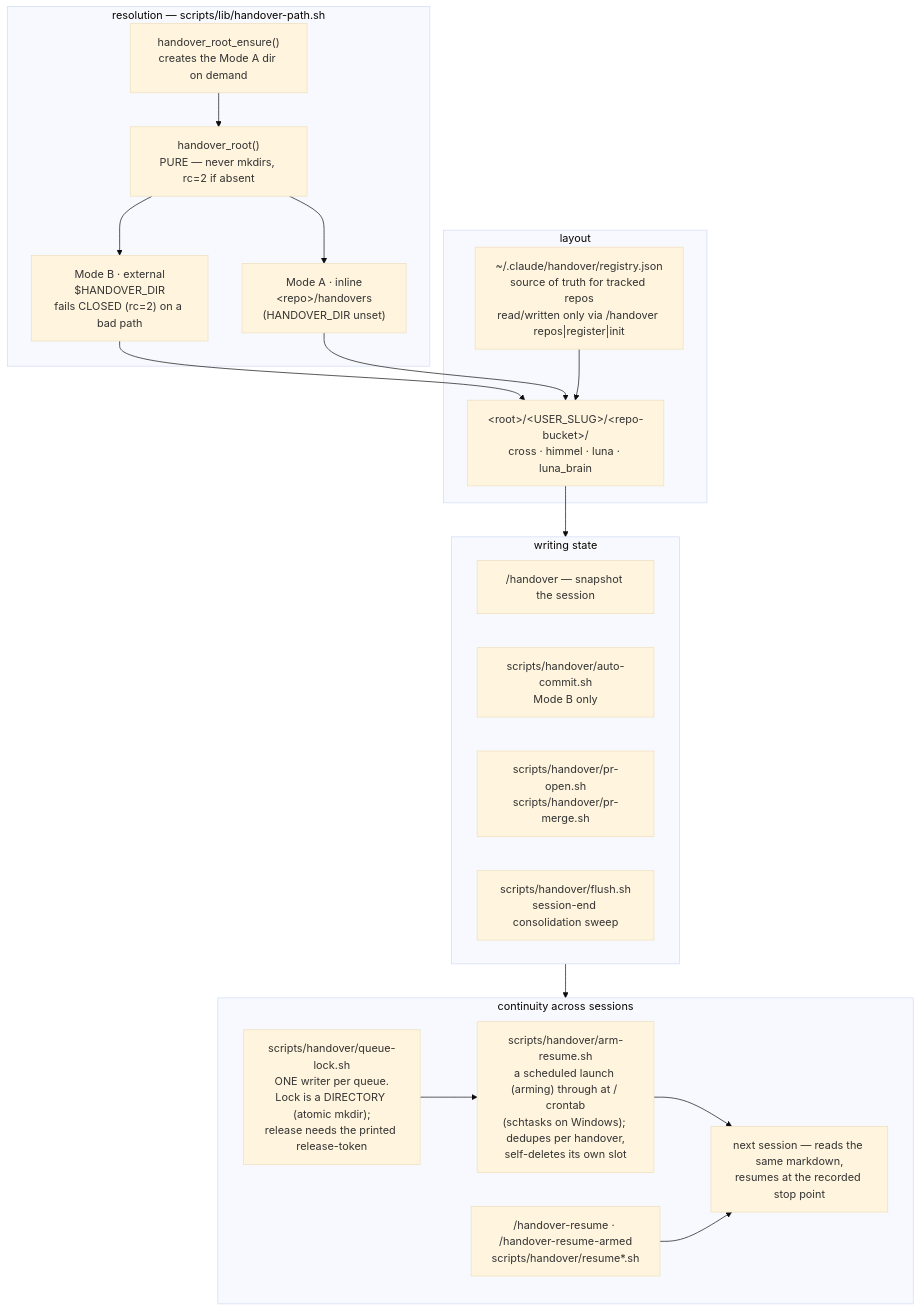
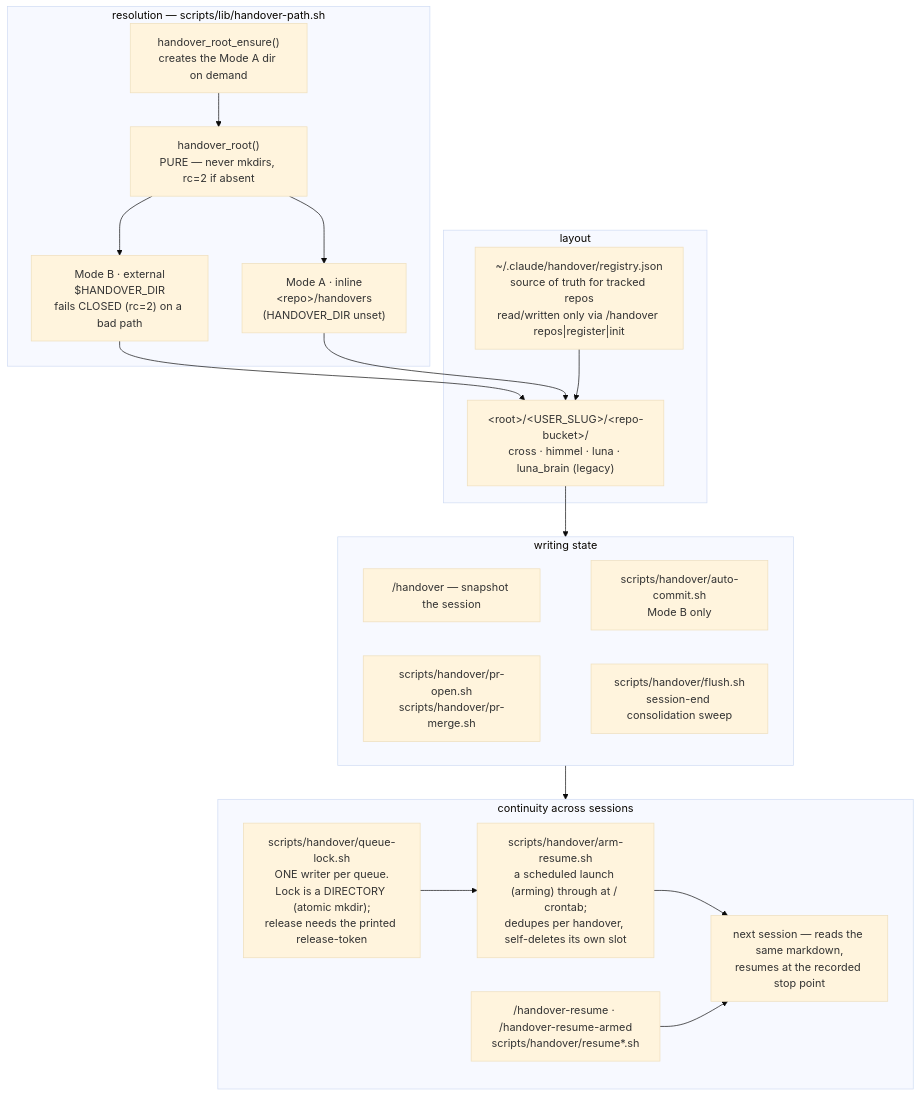
Before and after one commit to Goomal/Himmel: the second of 5 diagrams in docs/architecture.md, drawn with Mermaid (base theme). The commit also changed other lines of this file and 9 other files, not shown here.

First line of the commit message:
feat(docs-site): [HIMMEL-7480] the docs site draws its diagrams with pele, themed to the site (#3832)

````diff
--- a/docs/architecture.md
+++ b/docs/architecture.md
@@ -122,39 +125,41 @@
 ```mermaid
 flowchart TD
     subgraph R["resolution — scripts/lib/handover-path.sh"]
         HR["handover_root()<br/>PURE — never mkdirs, rc=2 if absent"]
         HRE["handover_root_ensure()<br/>creates the Mode A dir on demand"]
         MA["Mode A · inline<br/>&lt;repo&gt;/handovers<br/>(HANDOVER_DIR unset)"]
         MB["Mode B · external<br/>$HANDOVER_DIR<br/>fails CLOSED (rc=2) on a bad path"]
         HR --> MA
         HR --> MB
         HRE --> HR
     end
 
     subgraph L["layout"]
-        BUCKET["&lt;root&gt;/&lt;USER_SLUG&gt;/&lt;repo-bucket&gt;/<br/>cross · himmel · luna · luna_brain"]
+        BUCKET["&lt;root&gt;/&lt;USER_SLUG&gt;/&lt;repo-bucket&gt;/<br/>cross · himmel · luna · luna_brain (legacy)"]
         REG["~/.claude/handover/registry.json<br/>source of truth for tracked repos<br/>read/written only via /handover repos|register|init"]
     end
 
     subgraph W["writing state"]
         CMD["/handover — snapshot the session"]
         AC["scripts/handover/auto-commit.sh<br/>Mode B only"]
         PO["scripts/handover/pr-open.sh<br/>scripts/handover/pr-merge.sh"]
         FL["scripts/handover/flush.sh<br/>session-end consolidation sweep"]
+        CMD ~~~ AC
+        PO ~~~ FL
     end
 
     subgraph C["continuity across sessions"]
         QL["scripts/handover/queue-lock.sh<br/>ONE writer per queue.<br/>Lock is a DIRECTORY (atomic mkdir);<br/>release needs the printed release-token"]
-        AR["scripts/handover/arm-resume.sh<br/>a scheduled launch (arming) through at / crontab<br/>(schtasks on Windows); dedupes per handover,<br/>self-deletes its own slot"]
+        AR["scripts/handover/arm-resume.sh<br/>a scheduled launch (arming) through at / crontab;<br/>dedupes per handover, self-deletes its own slot"]
         RES["/handover-resume · /handover-resume-armed<br/>scripts/handover/resume*.sh"]
         NEXT["next session — reads the same markdown,<br/>resumes at the recorded stop point"]
         QL --> AR --> NEXT
         RES --> NEXT
     end
 
     MB --> BUCKET
     MA --> BUCKET
     REG --> BUCKET
     BUCKET --> W
     W --> C
 ```
````
